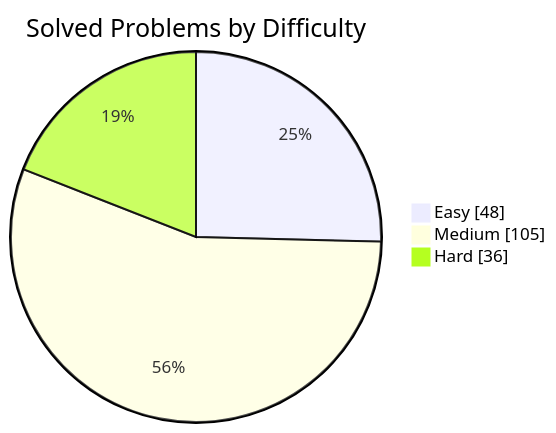
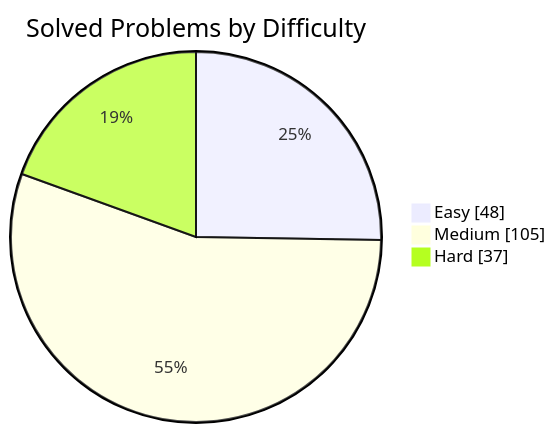
One commit to manikantbindass/DSA-Preparation-FAANG changed the first of 2 diagrams in README.md. Above: the diagram before and after it, drawn with Mermaid. The commit also changed other lines of this file, not shown here.

````diff
--- a/README.md
+++ b/README.md
@@ -38,7 +38,7 @@
 ```mermaid
 pie showData
     title Solved Problems by Difficulty
     "Easy" : 48
     "Medium" : 105
-    "Hard" : 36
+    "Hard" : 37
 ```
````
